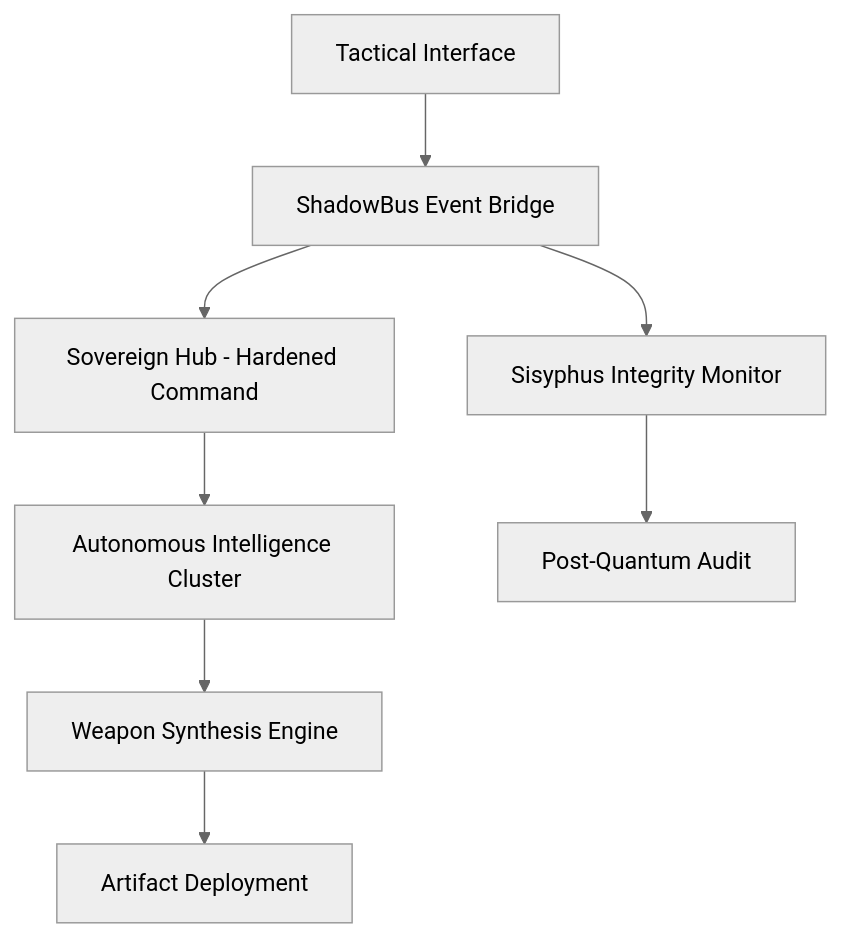
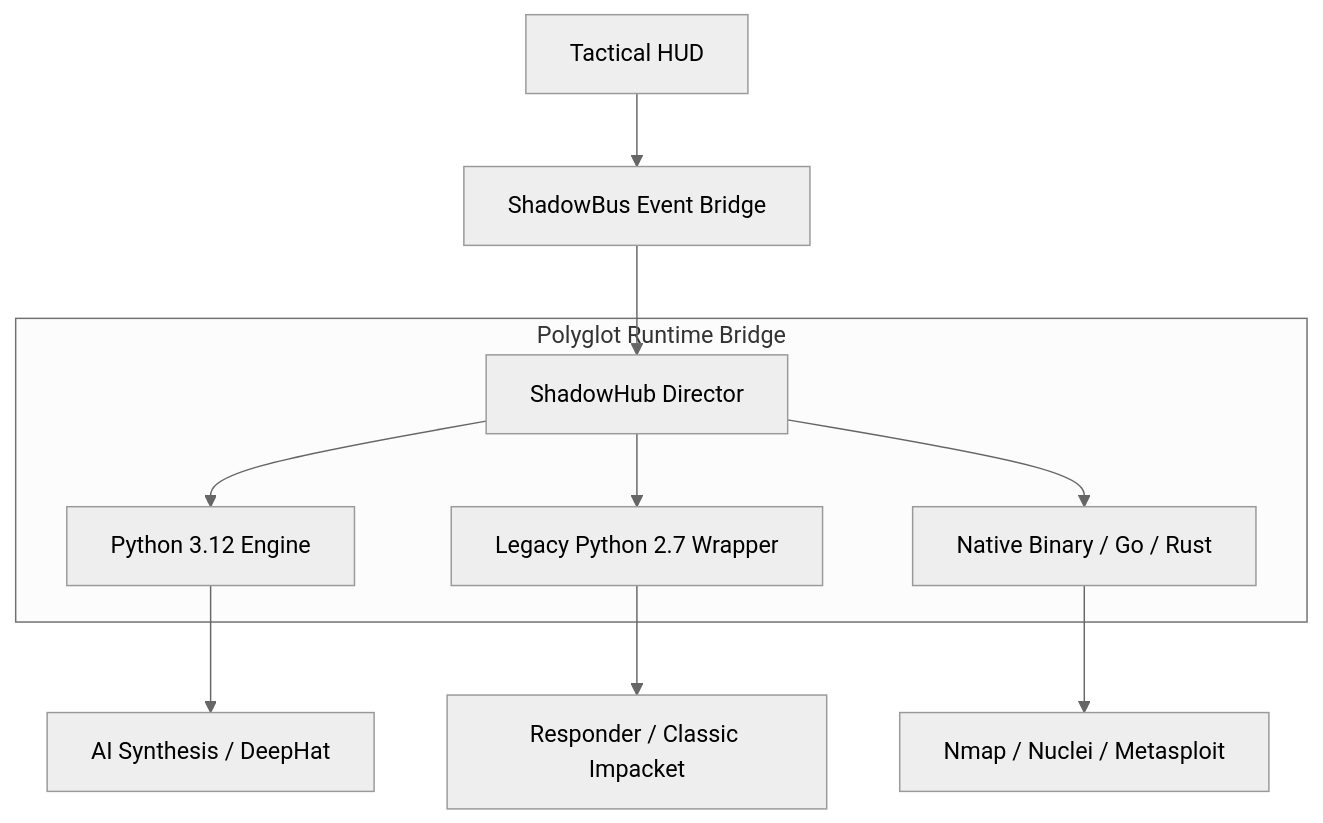
The diagram in README.md (jakes1345/ShadowCypher), drawn with Mermaid (neutral theme) before and after one commit. The commit also changed other lines of this file and 3 other files, not shown here.

Commit message:
POLYGLOT_UPDATE: Implemented Polyglot Runtime Bridge (Py2/Py3/Native), optimized linker/performance environment, and refactored documentation for technical depth.

````diff
--- a/README.md
+++ b/README.md
@@ -13,10 +15,15 @@
 ```mermaid
 graph TD
-    A[Tactical Interface] --> B[ShadowBus Event Bridge]
-    B --> C[Sovereign Hub - Hardened Command]
-    C --> D[Autonomous Intelligence Cluster]
-    D --> E[Weapon Synthesis Engine]
-    E --> F[Artifact Deployment]
-    B --> G[Sisyphus Integrity Monitor]
-    G --> H[Post-Quantum Audit]
+    UI[Tactical HUD] --> BUS[ShadowBus Event Bridge]
+    BUS --> HUB[ShadowHub Director]
+    
+    subgraph "Polyglot Runtime Bridge"
+        HUB --> R3[Python 3.12 Engine]
+        HUB --> R2[Legacy Python 2.7 Wrapper]
+        HUB --> RN[Native Binary / Go / Rust]
+    end
+    
+    R3 --> M1[AI Synthesis / DeepHat]
+    R2 --> M2[Responder / Classic Impacket]
+    RN --> M3[Nmap / Nuclei / Metasploit]
 ```
````
